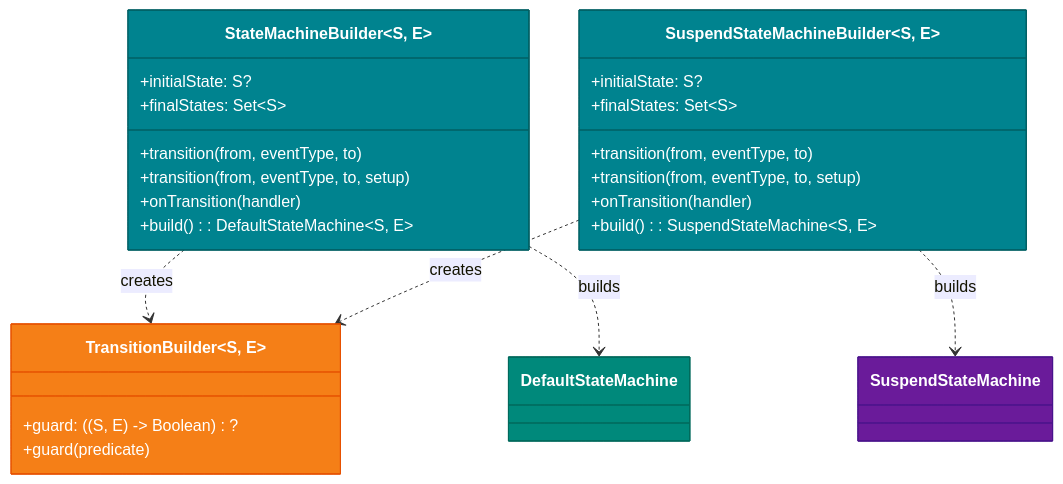
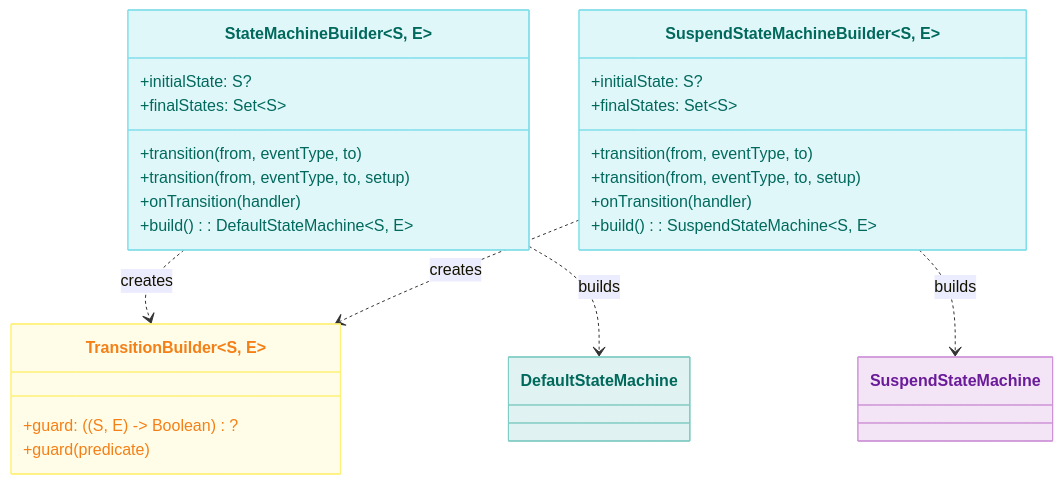
Before and after one commit to bluetape4k/bluetape4k-projects: the third of 8 diagrams in utils/states/README.ko.md, drawn with Mermaid. The commit also changed other lines of this file and 219 other files, not shown here.

First line of the commit message:
docs: 전체 README Mermaid 다이어그램 가이드 적용

````diff
--- a/utils/states/README.ko.md
+++ b/utils/states/README.ko.md
@@ -139,36 +139,36 @@
 ```mermaid
 classDiagram
     class StateMachineBuilder~S, E~ {
         +initialState: S?
         +finalStates: Set~S~
         +transition(from, eventType, to)
         +transition(from, eventType, to, setup)
         +onTransition(handler)
         +build(): DefaultStateMachine~S, E~
     }
 
     class SuspendStateMachineBuilder~S, E~ {
         +initialState: S?
         +finalStates: Set~S~
         +transition(from, eventType, to)
         +transition(from, eventType, to, setup)
         +onTransition(handler)
         +build(): SuspendStateMachine~S, E~
     }
 
     class TransitionBuilder~S, E~ {
         +guard: ((S, E) -> Boolean)?
         +guard(predicate)
     }
 
     StateMachineBuilder ..> TransitionBuilder : creates
     SuspendStateMachineBuilder ..> TransitionBuilder : creates
     StateMachineBuilder ..> DefaultStateMachine : builds
     SuspendStateMachineBuilder ..> SuspendStateMachine : builds
 
-    style StateMachineBuilder fill:#00838F,stroke:#006064,color:#FFFFFF
-    style SuspendStateMachineBuilder fill:#00838F,stroke:#006064,color:#FFFFFF
-    style TransitionBuilder fill:#F57F17,stroke:#E65100,color:#FFFFFF
-    style DefaultStateMachine fill:#00897B,stroke:#00695C,color:#FFFFFF
-    style SuspendStateMachine fill:#6A1B9A,stroke:#4A148C,color:#FFFFFF
+    style StateMachineBuilder fill:#E0F7FA,stroke:#80DEEA,color:#00695C
+    style SuspendStateMachineBuilder fill:#E0F7FA,stroke:#80DEEA,color:#00695C
+    style TransitionBuilder fill:#FFFDE7,stroke:#FFF176,color:#F57F17
+    style DefaultStateMachine fill:#E0F2F1,stroke:#80CBC4,color:#00695C
+    style SuspendStateMachine fill:#F3E5F5,stroke:#CE93D8,color:#6A1B9A
 ```
````
